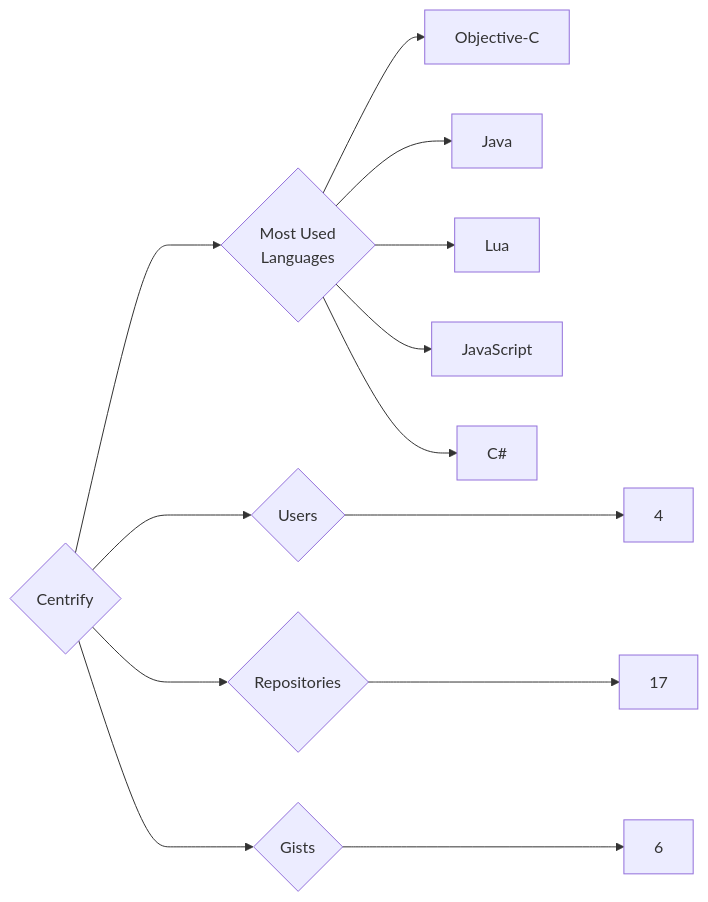
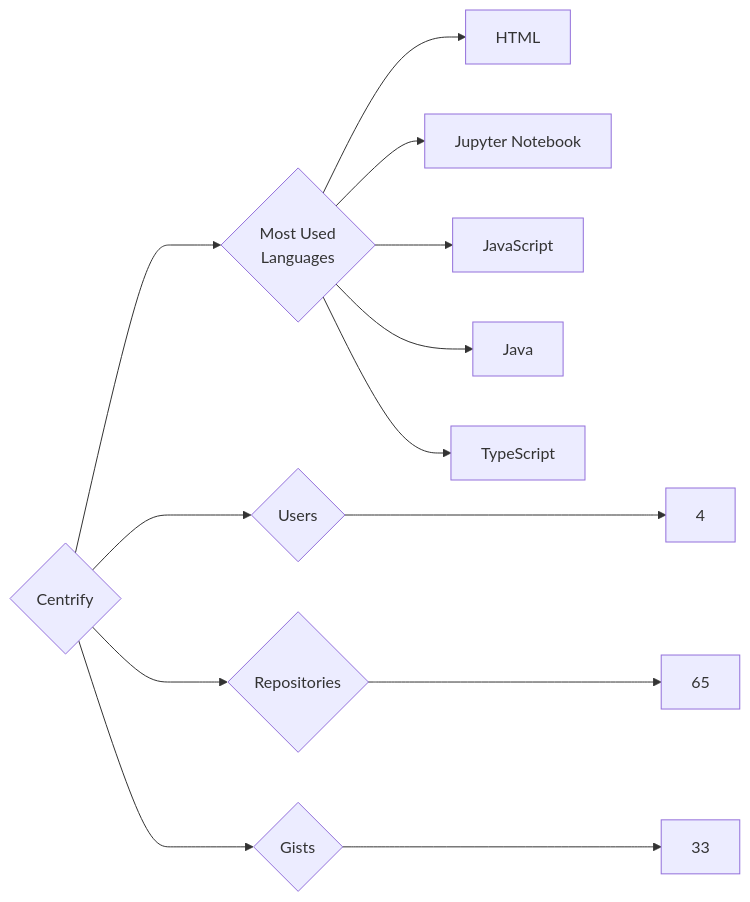
Before and after one commit to trickest/insiders: the diagram in targets/Centrify/README.md, drawn with Mermaid. The commit also changed 900 other files, not shown here.

````diff
--- a/targets/Centrify/README.md
+++ b/targets/Centrify/README.md
@@ -3,13 +3,13 @@
 ```mermaid
 graph LR
 COMPANY_NAME{Centrify}
 COMPANY_NAME ---> U{Users} ---> UN[4]
-COMPANY_NAME ---> R{Repositories} ---> RN[17]
-COMPANY_NAME ---> G{Gists} ---> GN[6]
+COMPANY_NAME ---> R{Repositories} ---> RN[65]
+COMPANY_NAME ---> G{Gists} ---> GN[33]
 COMPANY_NAME ---> ML{Most Used<br>Languages}
-ML --> Objective-C[Objective-C]
+ML --> HTML[HTML]
+ML --> Jupyter_Notebook[Jupyter Notebook]
+ML --> JavaScript[JavaScript]
 ML --> Java[Java]
-ML --> Lua[Lua]
-ML --> JavaScript[JavaScript]
-ML --> C#[C#]
+ML --> TypeScript[TypeScript]
 ```
````
